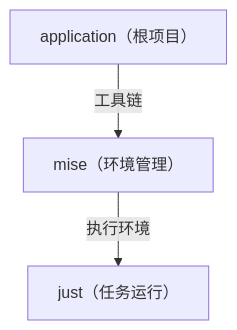
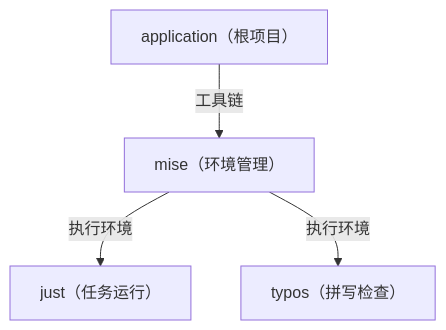
The diagram in README.md (sweets-wtt/application), drawn with Mermaid before and after one commit. The commit also changed other lines of this file and 4 other files, not shown here.

````diff
--- a/README.md
+++ b/README.md
@@ -10,6 +10,7 @@
 ```mermaid
 flowchart TD
     application["application（根项目）"]
     application -->|工具链| mise["mise（环境管理）"]
     mise -->|执行环境| just["just（任务运行）"]
+    mise -->|执行环境| typos["typos（拼写检查）"]
 ```
````
